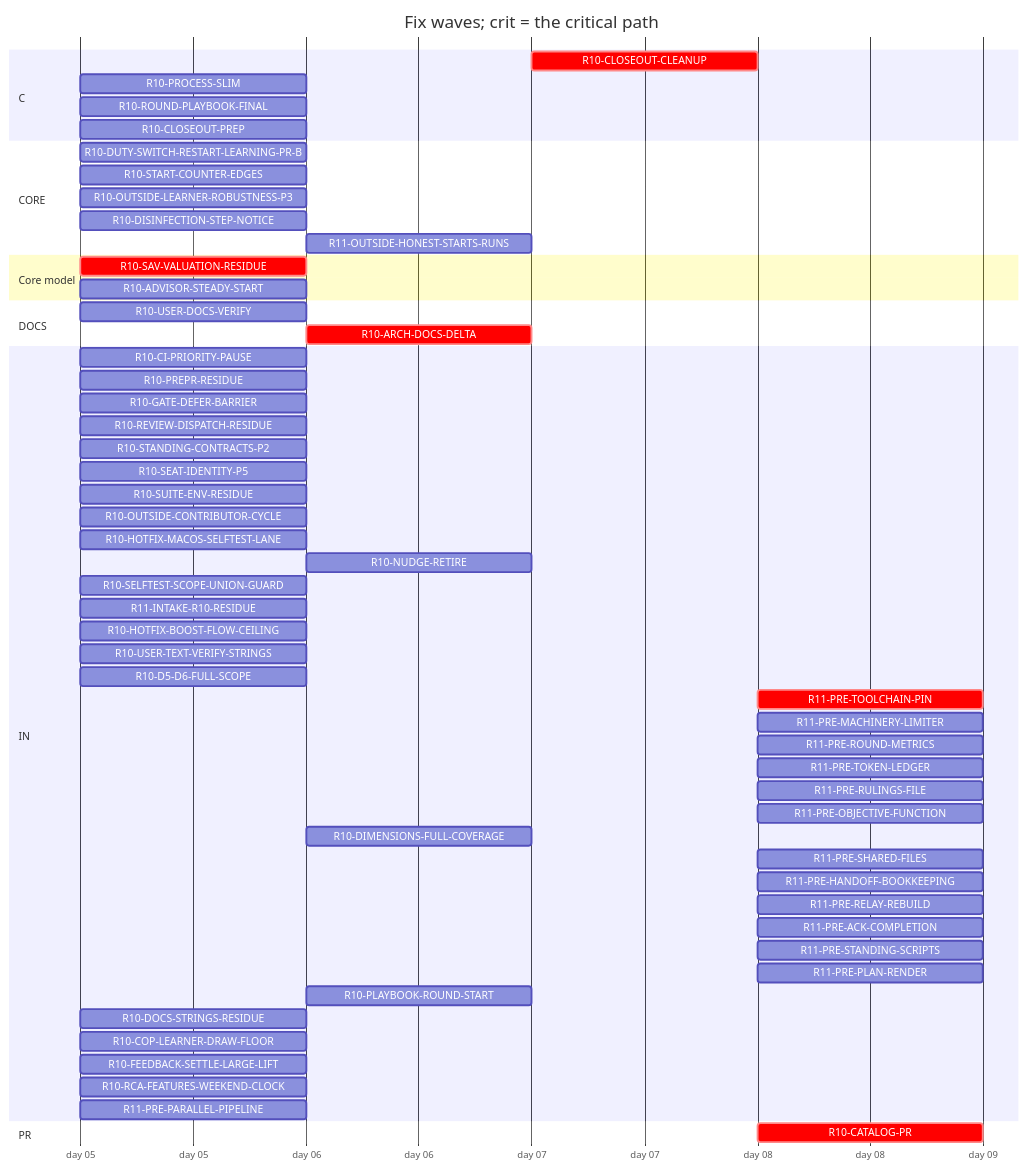
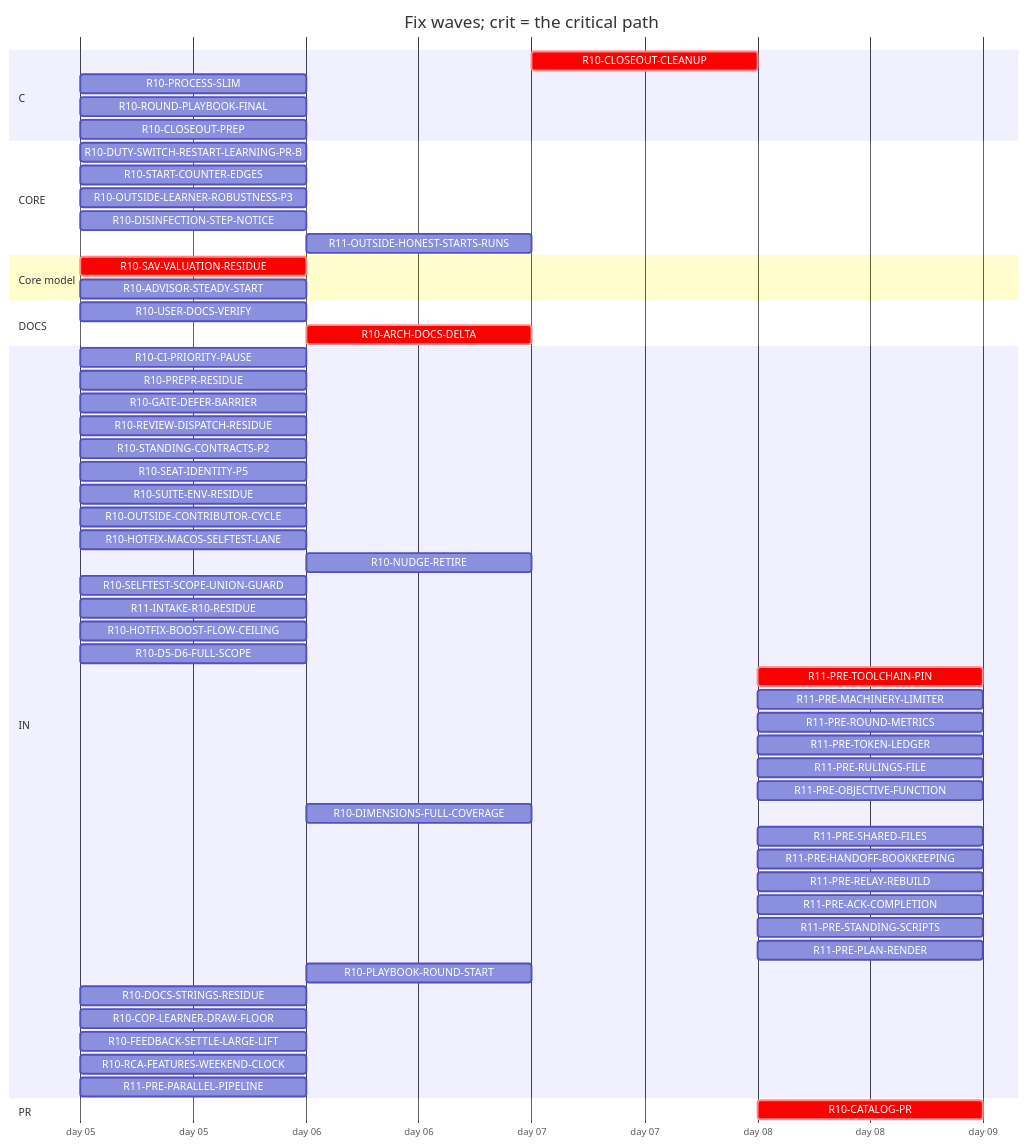
One commit to tvofi/heatpump_optimizer changed the diagram in handoff/round10/state/PLAN-TABLE.md. Above: the diagram before and after it, drawn with Mermaid. The commit also changed other lines of this file and 3 other files, not shown here.

Commit message:
state: FLOW-BOARD.md, NEXT-SESSION-PROMPT.md, PLAN-TABLE.md, RESUME-CURRENT.md regenerated (state_docs.py)

````diff
--- a/handoff/round10/state/PLAN-TABLE.md
+++ b/handoff/round10/state/PLAN-TABLE.md
@@ -19,60 +19,59 @@
 ```mermaid
 gantt
   title Fix waves; crit = the critical path
   dateFormat YYYY-MM-DD
   axisFormat day %d
   section C
     R10-CLOSEOUT-CLEANUP :crit, r10CLOSEOUTCLEANUP, after r10USERDOCSVERIFY r10CLOSEOUTPREP r10ARCHDOCSDELTA, 1d
     R10-PROCESS-SLIM :r10PROCESSSLIM, 2026-01-05, 1d
     R10-ROUND-PLAYBOOK-FINAL :r10ROUNDPLAYBOOKFINAL, 2026-01-05, 1d
     R10-CLOSEOUT-PREP :r10CLOSEOUTPREP, 2026-01-05, 1d
   section CORE
     R10-DUTY-SWITCH-RESTART-LEARNING-PR-B :r10DUTYSWITCHRESTARTLEARNINGPRB, 2026-01-05, 1d
     R10-START-COUNTER-EDGES :r10STARTCOUNTEREDGES, 2026-01-05, 1d
     R10-OUTSIDE-LEARNER-ROBUSTNESS-P3 :r10OUTSIDELEARNERROBUSTNESSP3, 2026-01-05, 1d
     R10-DISINFECTION-STEP-NOTICE :r10DISINFECTIONSTEPNOTICE, 2026-01-05, 1d
     R11-OUTSIDE-HONEST-STARTS-RUNS :r11OUTSIDEHONESTSTARTSRUNS, after r10ADVISORSTEADYSTART, 1d
   section Core model
     R10-SAV-VALUATION-RESIDUE :crit, r10SAVVALUATIONRESIDUE, 2026-01-05, 1d
     R10-ADVISOR-STEADY-START :r10ADVISORSTEADYSTART, 2026-01-05, 1d
   section DOCS
     R10-USER-DOCS-VERIFY :r10USERDOCSVERIFY, 2026-01-05, 1d
     R10-ARCH-DOCS-DELTA :crit, r10ARCHDOCSDELTA, after r10SAVVALUATIONRESIDUE r10ADVISORSTEADYSTART, 1d
   section IN
     R10-CI-PRIORITY-PAUSE :r10CIPRIORITYPAUSE, 2026-01-05, 1d
     R10-PREPR-RESIDUE :r10PREPRRESIDUE, 2026-01-05, 1d
     R10-GATE-DEFER-BARRIER :r10GATEDEFERBARRIER, 2026-01-05, 1d
     R10-REVIEW-DISPATCH-RESIDUE :r10REVIEWDISPATCHRESIDUE, 2026-01-05, 1d
     R10-STANDING-CONTRACTS-P2 :r10STANDINGCONTRACTSP2, 2026-01-05, 1d
     R10-SEAT-IDENTITY-P5 :r10SEATIDENTITYP5, 2026-01-05, 1d
     R10-SUITE-ENV-RESIDUE :r10SUITEENVRESIDUE, 2026-01-05, 1d
     R10-OUTSIDE-CONTRIBUTOR-CYCLE :r10OUTSIDECONTRIBUTORCYCLE, 2026-01-05, 1d
     R10-HOTFIX-MACOS-SELFTEST-LANE :r10HOTFIXMACOSSELFTESTLANE, 2026-01-05, 1d
     R10-NUDGE-RETIRE :r10NUDGERETIRE, after r10ROUNDPLAYBOOKFINAL, 1d
     R10-SELFTEST-SCOPE-UNION-GUARD :r10SELFTESTSCOPEUNIONGUARD, 2026-01-05, 1d
     R11-INTAKE-R10-RESIDUE :r11INTAKER10RESIDUE, 2026-01-05, 1d
     R10-HOTFIX-BOOST-FLOW-CEILING :r10HOTFIXBOOSTFLOWCEILING, 2026-01-05, 1d
-    R10-USER-TEXT-VERIFY-STRINGS :r10USERTEXTVERIFYSTRINGS, 2026-01-05, 1d
     R10-D5-D6-FULL-SCOPE :r10D5D6FULLSCOPE, 2026-01-05, 1d
     R11-PRE-TOOLCHAIN-PIN :crit, r11PRETOOLCHAINPIN, after r10CATALOGPR, 1d
     R11-PRE-MACHINERY-LIMITER :r11PREMACHINERYLIMITER, after r10CATALOGPR, 1d
     R11-PRE-ROUND-METRICS :r11PREROUNDMETRICS, after r10CATALOGPR, 1d
     R11-PRE-TOKEN-LEDGER :r11PRETOKENLEDGER, after r10CATALOGPR, 1d
     R11-PRE-RULINGS-FILE :r11PRERULINGSFILE, after r10CATALOGPR, 1d
     R11-PRE-OBJECTIVE-FUNCTION :r11PREOBJECTIVEFUNCTION, after r10CATALOGPR, 1d
     R10-DIMENSIONS-FULL-COVERAGE :r10DIMENSIONSFULLCOVERAGE, after r10D5D6FULLSCOPE, 1d
     R11-PRE-SHARED-FILES :r11PRESHAREDFILES, after r10CATALOGPR, 1d
     R11-PRE-HANDOFF-BOOKKEEPING :r11PREHANDOFFBOOKKEEPING, after r10CATALOGPR, 1d
     R11-PRE-RELAY-REBUILD :r11PRERELAYREBUILD, after r10CATALOGPR, 1d
     R11-PRE-ACK-COMPLETION :r11PREACKCOMPLETION, after r10CATALOGPR, 1d
     R11-PRE-STANDING-SCRIPTS :r11PRESTANDINGSCRIPTS, after r10CATALOGPR, 1d
     R11-PRE-PLAN-RENDER :r11PREPLANRENDER, after r10CATALOGPR, 1d
     R10-PLAYBOOK-ROUND-START :r10PLAYBOOKROUNDSTART, after r10ROUNDPLAYBOOKFINAL, 1d
     R10-DOCS-STRINGS-RESIDUE :r10DOCSSTRINGSRESIDUE, 2026-01-05, 1d
     R10-COP-LEARNER-DRAW-FLOOR :r10COPLEARNERDRAWFLOOR, 2026-01-05, 1d
     R10-FEEDBACK-SETTLE-LARGE-LIFT :r10FEEDBACKSETTLELARGELIFT, 2026-01-05, 1d
     R10-RCA-FEATURES-WEEKEND-CLOCK :r10RCAFEATURESWEEKENDCLOCK, 2026-01-05, 1d
     R11-PRE-PARALLEL-PIPELINE :r11PREPARALLELPIPELINE, 2026-01-05, 1d
   section PR
     R10-CATALOG-PR :crit, r10CATALOGPR, after r10USERDOCSVERIFY r10CLOSEOUTCLEANUP r10CLOSEOUTPREP r10ARCHDOCSDELTA, 1d
 ```
````
